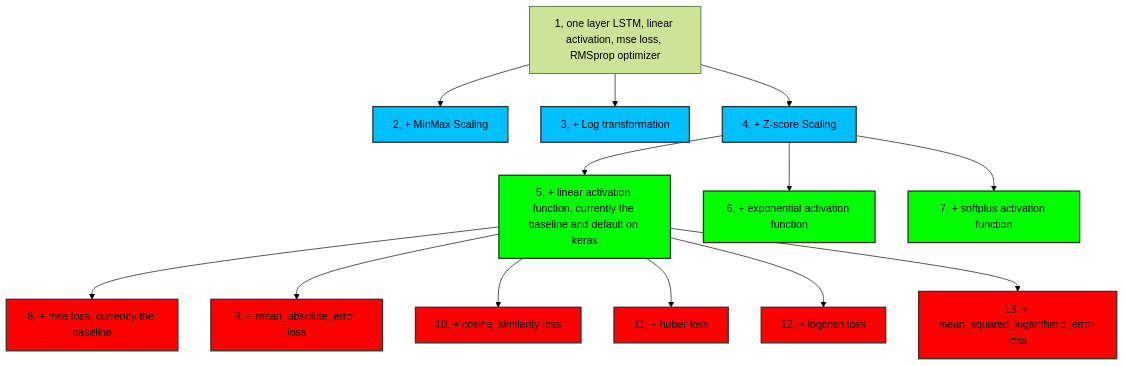
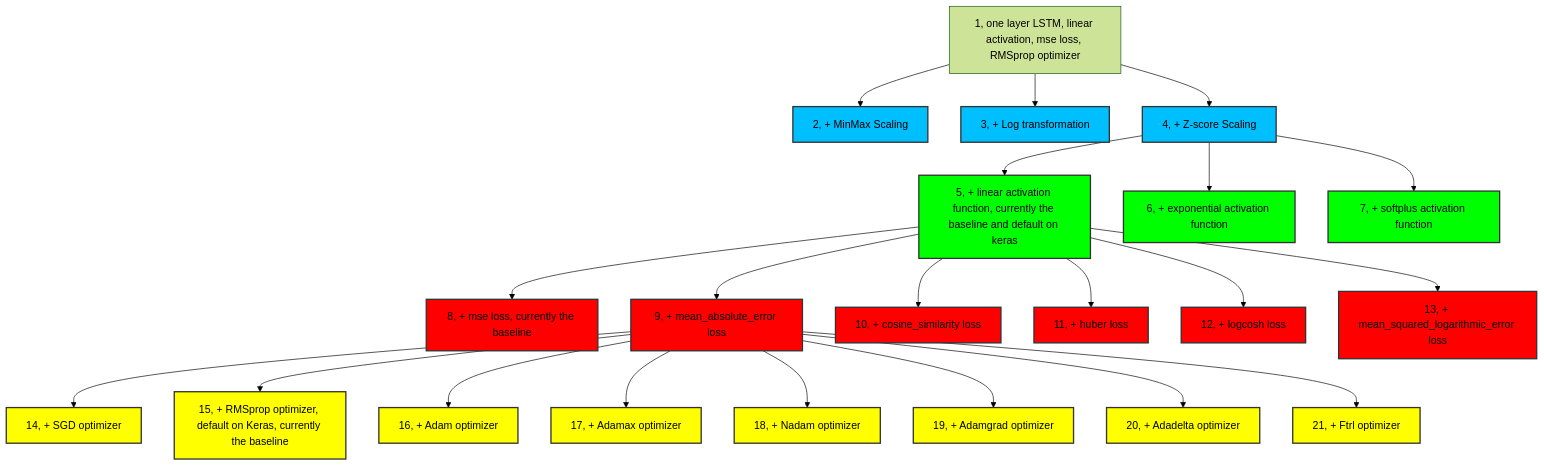
Before and after one commit to zihaozeng0021/currency-exchange-rate-forecasting: the diagram in src/models/LSTM/LSTM_regressor/experiment_hierarchy.md, drawn with Mermaid (forest theme). The commit also changed 16 other files, not shown here.

````diff
--- a/src/models/LSTM/LSTM_regressor/experiment_hierarchy.md
+++ b/src/models/LSTM/LSTM_regressor/experiment_hierarchy.md
@@ -1,26 +1,37 @@
 ```mermaid
 graph TD
     1[1, one layer LSTM, linear activation, mse loss, RMSprop optimizer] --> 2[2, + MinMax Scaling]
     1 --> 3[3, + Log transformation]
     1 --> 4[4, + Z-score Scaling]
     4 --> 5[5, + linear activation function, currently the baseline and default on keras]
     4 --> 6[6, + exponential activation function]
     4 --> 7[7, + softplus activation function]
     5 --> 8[8, + mse loss, currently the baseline]
     5 --> 9[9, + mean_absolute_error loss]
     5 --> 10[10, + cosine_similarity loss]
     5 --> 11[11, + huber loss]
     5 --> 12[12, + logcosh loss]
     5 --> 13[13, + mean_squared_logarithmic_error loss]
+    9 --> 14[14, + SGD optimizer]
+    9 --> 15[15, + RMSprop optimizer, default on Keras, currently the baseline]
+    9 --> 16[16, + Adam optimizer]
+    9 --> 17[17, + Adamax optimizer]
+    9 --> 18[18, + Nadam optimizer]
+    9 --> 19[19, + Adamgrad optimizer]
+    9 --> 20[20, + Adadelta optimizer]
+    9 --> 21[21, + Ftrl optimizer]
     
     
     classDef brightBlue fill:#00BFFF,stroke:#333,stroke-width:2px;
     class 2,3,4 brightBlue;
     
     classDef brightGreen fill:#00FF00,stroke:#333,stroke-width:2px;
     class 5,6,7 brightGreen;
     
     classDef brightRed fill:#FF0000,stroke:#333,stroke-width:2px;
     class 8,9,10,11,12,13 brightRed;
     
+    classDef brightYellow fill:#FFFF00,stroke:#333,stroke-width:2px;
+    class 14,15,16,17,18,19,20,21 brightYellow;
+    
 ```
````
